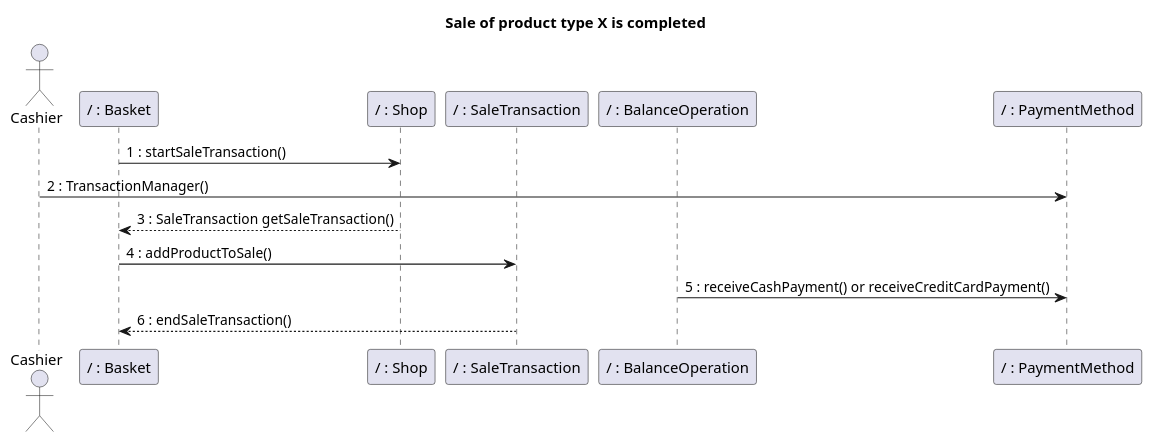
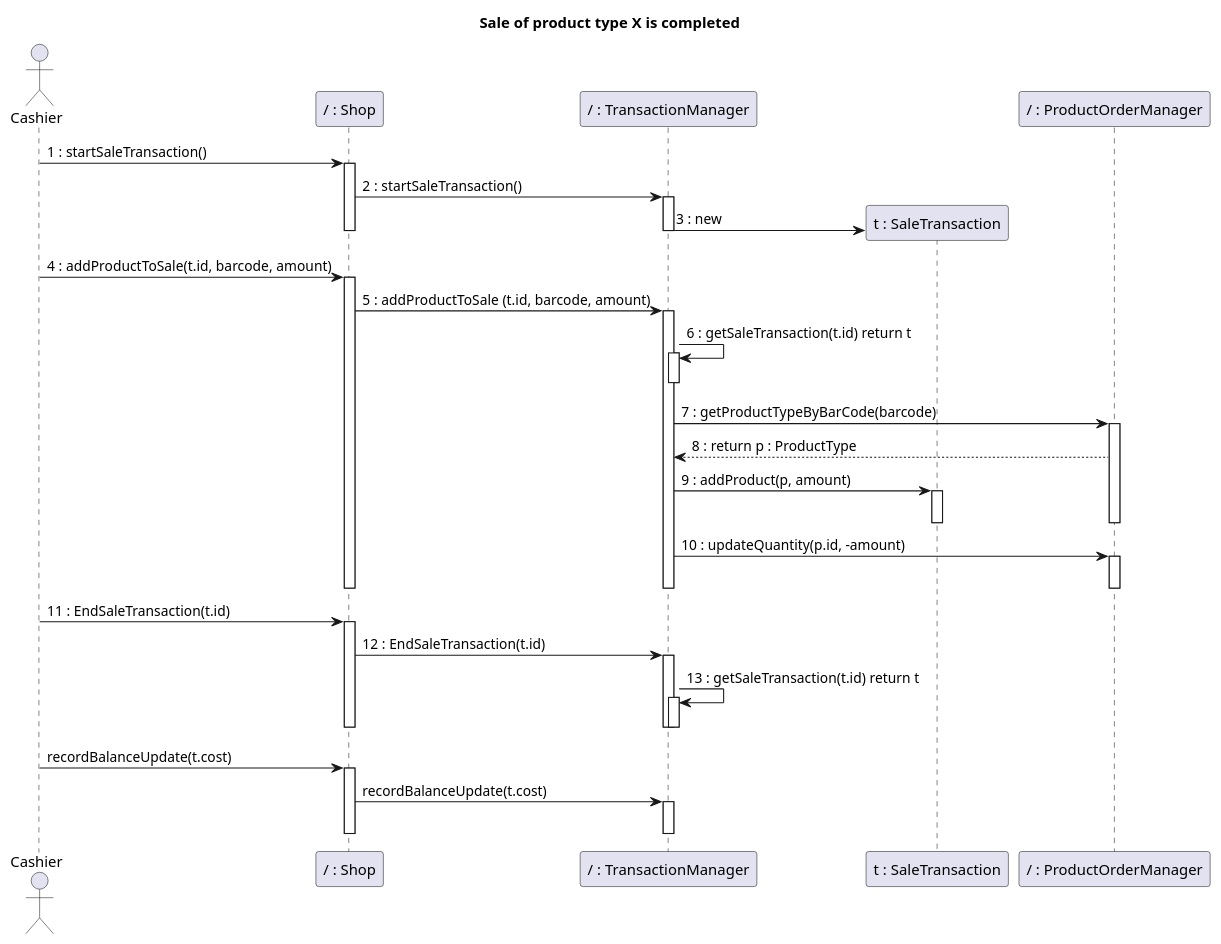
Before and after one commit to nicolabattaglino/ezshop: diagram 20 of 30 in Deliverables/DesignDocument.md, drawn with PlantUML. The commit also changed other lines of this file, not shown here.

Commit message:
6.1 improved

````diff
--- a/Deliverables/DesignDocument.md
+++ b/Deliverables/DesignDocument.md
@@ -973,24 +967,64 @@
 ```plantuml
 @startuml
 
 title
 Sale of product type X is completed
 end title
 
 actor Cashier
 
-participant "/ : Basket" as Basket
 participant "/ : Shop" as Shop
-participant "/ : SaleTransaction" as SaleTransaction
-participant "/ : BalanceOperation" as BalanceOperation
-participant "/ : PaymentMethod" as PaymentMethod 
+participant "/ : TransactionManager" as TransactionManager
+participant "t : SaleTransaction"  as SaleTransaction
+participant "/ : ProductOrderManager" as ProductOrderManager
 
-Basket -> Shop: 1 : startSaleTransaction()
-Cashier -> PaymentMethod: 2 : TransactionManager()
-Shop --> Basket: 3 : SaleTransaction getSaleTransaction()
-Basket ->  SaleTransaction: 4 : addProductToSale()
-BalanceOperation -> PaymentMethod : 5 : receiveCashPayment() or receiveCreditCardPayment()
-SaleTransaction --> Basket: 6 : endSaleTransaction()
+Cashier -> Shop: 1 : startSaleTransaction()
+activate Shop
+Shop -> TransactionManager : 2 : startSaleTransaction()
+activate TransactionManager
+create SaleTransaction
+TransactionManager -> SaleTransaction: 3 : new
+deactivate TransactionManager
+deactivate Shop
+Cashier -> Shop : 4 : addProductToSale(t.id, barcode, amount)
+activate Shop
+Shop -> TransactionManager: 5 : addProductToSale (t.id, barcode, amount)
+ 
 
+activate TransactionManager
+TransactionManager -> TransactionManager: 6 : getSaleTransaction(t.id) return t
+activate TransactionManager
+deactivate TransactionManager
+TransactionManager -> ProductOrderManager: 7 : getProductTypeByBarCode(barcode)
+activate ProductOrderManager
+
+
+TransactionManager <-- ProductOrderManager : 8 : return p : ProductType
+
+TransactionManager -> SaleTransaction : 9 : addProduct(p, amount)
+activate SaleTransaction
+deactivate SaleTransaction
+deactivate ProductOrderManager
+TransactionManager -> ProductOrderManager: 10 : updateQuantity(p.id, -amount)
+activate ProductOrderManager
+deactivate ProductOrderManager
+deactivate TransactionManager
+deactivate Shop
+Cashier -> Shop : 11 : EndSaleTransaction(t.id)
+activate Shop
+Shop -> TransactionManager : 12 : EndSaleTransaction(t.id)
+activate TransactionManager
+TransactionManager -> TransactionManager : 13 : getSaleTransaction(t.id) return t
+activate TransactionManager
+deactivate TransactionManager
+deactivate TransactionManager
+deactivate Shop
+
+Cashier -> Shop : recordBalanceUpdate(t.cost)
+activate Shop
+Shop -> TransactionManager : recordBalanceUpdate(t.cost)
+activate TransactionManager
+deactivate TransactionManager
+deactivate Shop
 @enduml
 ```
````
